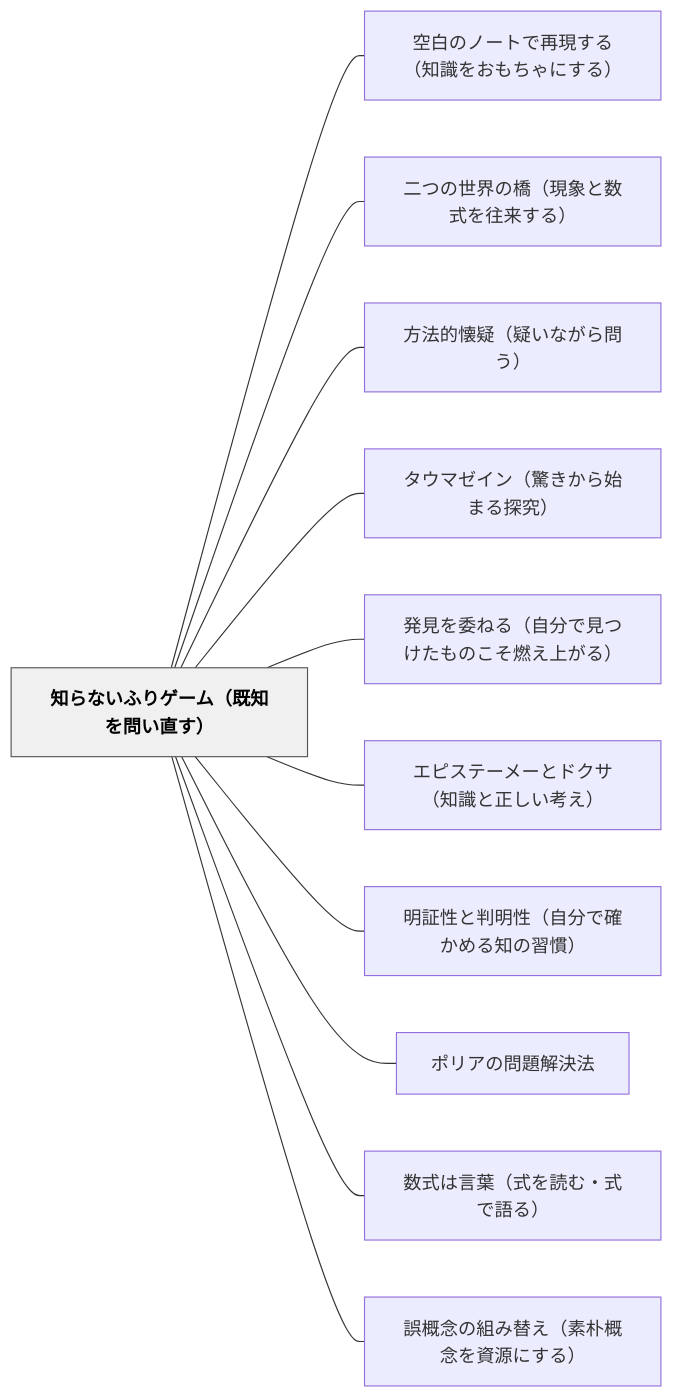
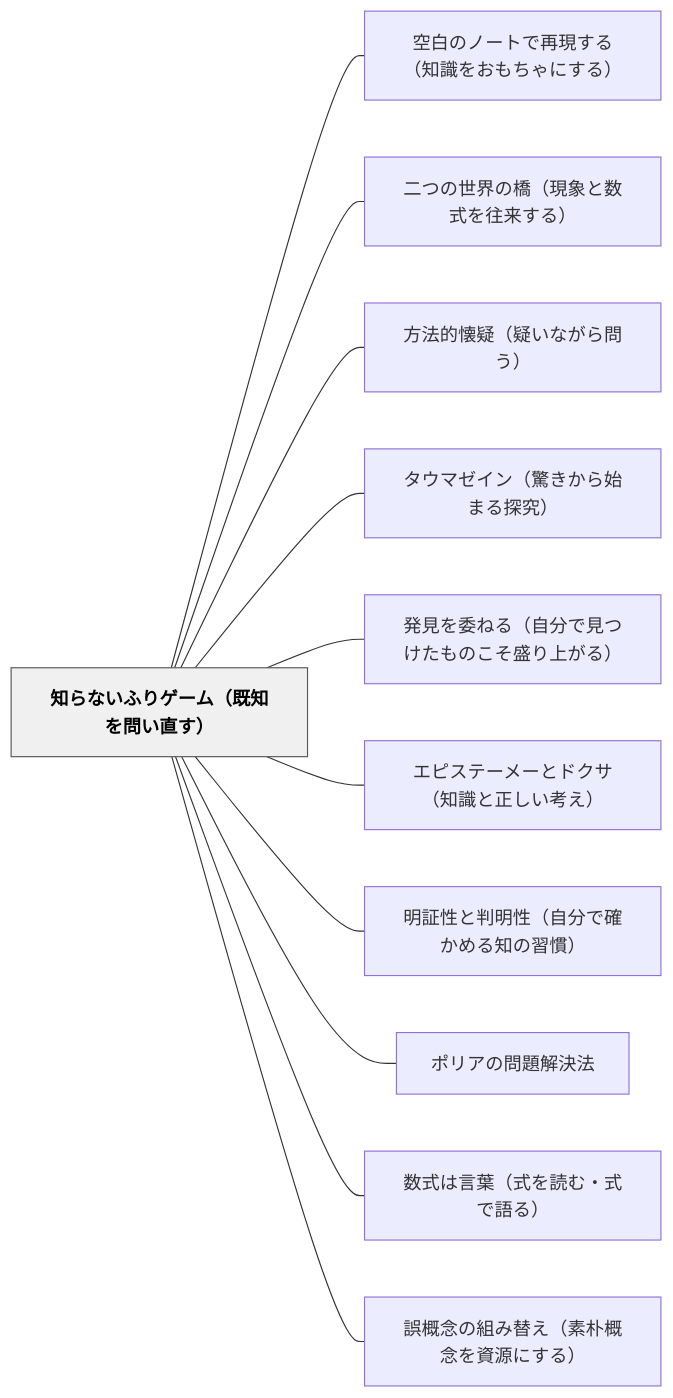
Before and after one commit to unknownthings-ed-patterns/unknownthings-ed-patterns: the diagram in content/パタン/知らないふりゲーム（既知を問い直す）.md, drawn with Mermaid. The commit also changed other lines of this file and 36 other files, not shown here.

````diff
--- a/content/パタン/知らないふりゲーム（既知を問い直す）.md
+++ b/content/パタン/知らないふりゲーム（既知を問い直す）.md
@@ -117,28 +117,28 @@
 ```mermaid
 flowchart LR
     ne79fa5e38289e381aae38184e381b5e3828ae382b2e383bce383a0efbc88e697a2e79fa5e38292e5958fe38184e79bb4e38199efbc89["知らないふりゲーム（既知を問い直す）"]
     ne7a9bae799bde381aee3838ee383bce38388e381a7e5868de78fbee38199e3828befbc88e79fa5e8ad98e38292e3818ae38282e381a1e38283e381abe38199e3828befbc89["空白のノートで再現する（知識をおもちゃにする）"]
     ne4ba8ce381a4e381aee4b896e7958ce381aee6a98befbc88e78fbee8b1a1e381a8e695b0e5bc8fe38292e5be80e69da5e38199e3828befbc89["二つの世界の橋（現象と数式を往来する）"]
     ne696b9e6b395e79a84e68790e79691efbc88e79691e38184e381aae3818ce38289e5958fe38186efbc89["方法的懐疑（疑いながら問う）"]
     ne382bfe382a6e3839ee382bce382a4e383b3efbc88e9a99ae3818de3818be38289e5a78be381bee3828be68ea2e7a9b6efbc89["タウマゼイン（驚きから始まる探究）"]
-    ne799bae8a68be38292e5a794e381ade3828befbc88e887aae58886e381a7e8a68be381a4e38191e3819fe38282e381aee38193e3819de78783e38188e4b88ae3818ce3828befbc89["発見を委ねる（自分で見つけたものこそ燃え上がる）"]
+    ne799bae8a68be38292e5a794e381ade3828befbc88e887aae58886e381a7e8a68be381a4e38191e3819fe38282e381aee38193e3819de79b9be3828ae4b88ae3818ce3828befbc89["発見を委ねる（自分で見つけたものこそ盛り上がる）"]
     ne382a8e38394e382b9e38386e383bce383a1e383bce381a8e38389e382afe382b5efbc88e79fa5e8ad98e381a8e6ada3e38197e38184e88083e38188efbc89["エピステーメーとドクサ（知識と正しい考え）"]
     ne6988ee8a8bce680a7e381a8e588a4e6988ee680a7efbc88e887aae58886e381a7e7a2bae3818be38281e3828be79fa5e381aee7bf92e685a3efbc89["明証性と判明性（自分で確かめる知の習慣）"]
     ne3839de383aae382a2e381aee5958fe9a18ce8a7a3e6b1bae6b395["ポリアの問題解決法"]
     ne695b0e5bc8fe381afe8a880e89189efbc88e5bc8fe38292e8aaade38280e383bbe5bc8fe381a7e8aa9ee3828befbc89["数式は言葉（式を読む・式で語る）"]
     ne8aaa4e6a682e5bfb5e381aee7b584e381bfe69bbfe38188efbc88e7b4a0e69cb4e6a682e5bfb5e38292e8b387e6ba90e381abe38199e3828befbc89["誤概念の組み替え（素朴概念を資源にする）"]
 
     ne79fa5e38289e381aae38184e381b5e3828ae382b2e383bce383a0efbc88e697a2e79fa5e38292e5958fe38184e79bb4e38199efbc89 --- ne7a9bae799bde381aee3838ee383bce38388e381a7e5868de78fbee38199e3828befbc88e79fa5e8ad98e38292e3818ae38282e381a1e38283e381abe38199e3828befbc89
     ne79fa5e38289e381aae38184e381b5e3828ae382b2e383bce383a0efbc88e697a2e79fa5e38292e5958fe38184e79bb4e38199efbc89 --- ne4ba8ce381a4e381aee4b896e7958ce381aee6a98befbc88e78fbee8b1a1e381a8e695b0e5bc8fe38292e5be80e69da5e38199e3828befbc89
     ne79fa5e38289e381aae38184e381b5e3828ae382b2e383bce383a0efbc88e697a2e79fa5e38292e5958fe38184e79bb4e38199efbc89 --- ne696b9e6b395e79a84e68790e79691efbc88e79691e38184e381aae3818ce38289e5958fe38186efbc89
     ne79fa5e38289e381aae38184e381b5e3828ae382b2e383bce383a0efbc88e697a2e79fa5e38292e5958fe38184e79bb4e38199efbc89 --- ne382bfe382a6e3839ee382bce382a4e383b3efbc88e9a99ae3818de3818be38289e5a78be381bee3828be68ea2e7a9b6efbc89
-    ne79fa5e38289e381aae38184e381b5e3828ae382b2e383bce383a0efbc88e697a2e79fa5e38292e5958fe38184e79bb4e38199efbc89 --- ne799bae8a68be38292e5a794e381ade3828befbc88e887aae58886e381a7e8a68be381a4e38191e3819fe38282e381aee38193e3819de78783e38188e4b88ae3818ce3828befbc89
+    ne79fa5e38289e381aae38184e381b5e3828ae382b2e383bce383a0efbc88e697a2e79fa5e38292e5958fe38184e79bb4e38199efbc89 --- ne799bae8a68be38292e5a794e381ade3828befbc88e887aae58886e381a7e8a68be381a4e38191e3819fe38282e381aee38193e3819de79b9be3828ae4b88ae3818ce3828befbc89
     ne79fa5e38289e381aae38184e381b5e3828ae382b2e383bce383a0efbc88e697a2e79fa5e38292e5958fe38184e79bb4e38199efbc89 --- ne382a8e38394e382b9e38386e383bce383a1e383bce381a8e38389e382afe382b5efbc88e79fa5e8ad98e381a8e6ada3e38197e38184e88083e38188efbc89
     ne79fa5e38289e381aae38184e381b5e3828ae382b2e383bce383a0efbc88e697a2e79fa5e38292e5958fe38184e79bb4e38199efbc89 --- ne6988ee8a8bce680a7e381a8e588a4e6988ee680a7efbc88e887aae58886e381a7e7a2bae3818be38281e3828be79fa5e381aee7bf92e685a3efbc89
     ne79fa5e38289e381aae38184e381b5e3828ae382b2e383bce383a0efbc88e697a2e79fa5e38292e5958fe38184e79bb4e38199efbc89 --- ne3839de383aae382a2e381aee5958fe9a18ce8a7a3e6b1bae6b395
     ne79fa5e38289e381aae38184e381b5e3828ae382b2e383bce383a0efbc88e697a2e79fa5e38292e5958fe38184e79bb4e38199efbc89 --- ne695b0e5bc8fe381afe8a880e89189efbc88e5bc8fe38292e8aaade38280e383bbe5bc8fe381a7e8aa9ee3828befbc89
     ne79fa5e38289e381aae38184e381b5e3828ae382b2e383bce383a0efbc88e697a2e79fa5e38292e5958fe38184e79bb4e38199efbc89 --- ne8aaa4e6a682e5bfb5e381aee7b584e381bfe69bbfe38188efbc88e7b4a0e69cb4e6a682e5bfb5e38292e8b387e6ba90e381abe38199e3828befbc89
 
     classDef hub fill:#f0f0f0,stroke:#555,color:#000,font-weight:bold
     class ne79fa5e38289e381aae38184e381b5e3828ae382b2e383bce383a0efbc88e697a2e79fa5e38292e5958fe38184e79bb4e38199efbc89 hub
 ```
````
